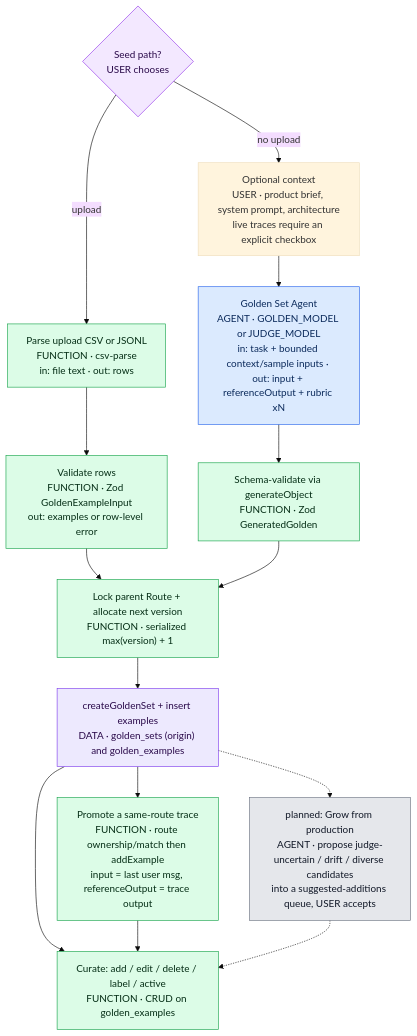
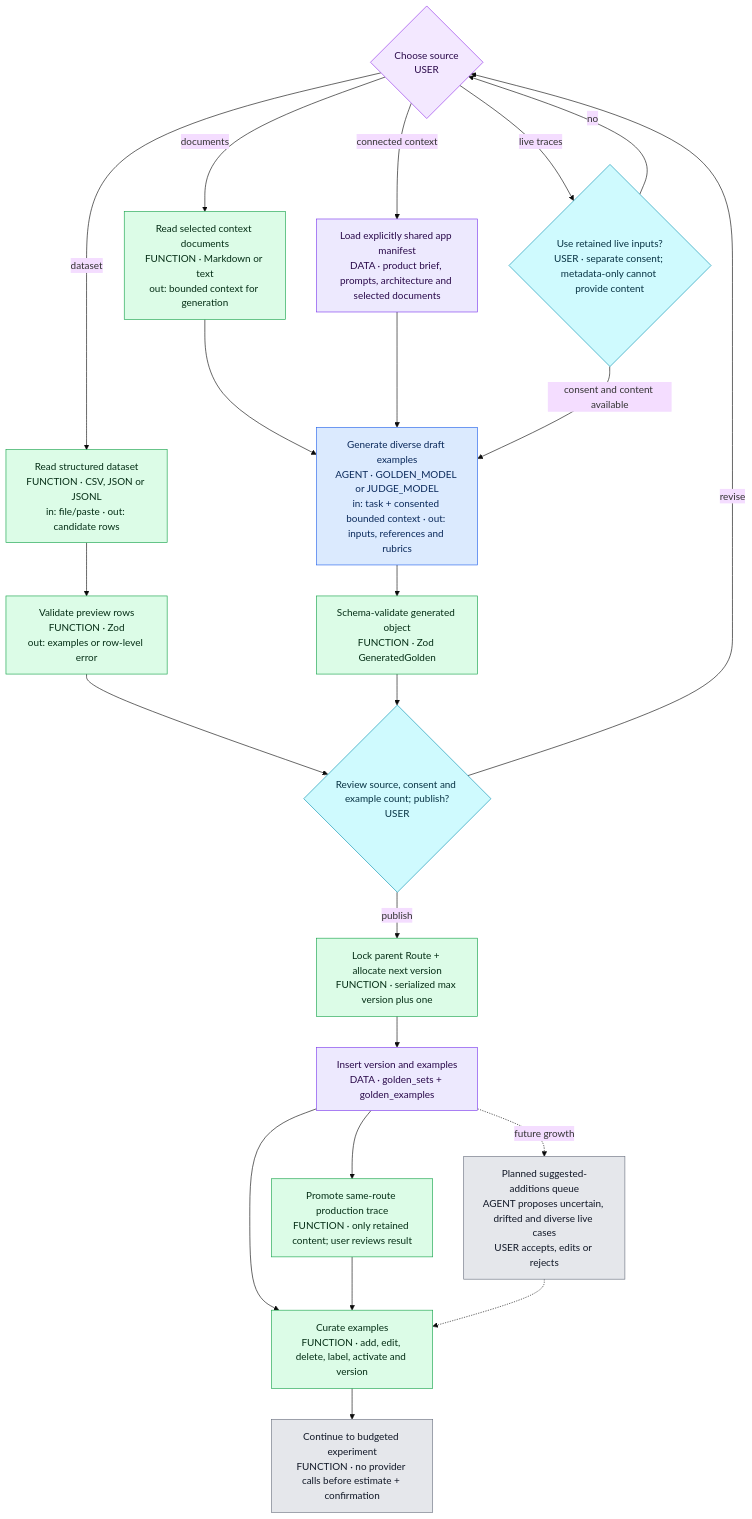
Before and after one commit to APareek89/blindspot: the diagram in docs/mermaid/02-golden-sets.mmd, drawn with Mermaid (base theme). The commit also changed 70 other files, not shown here.

```diff
--- a/docs/mermaid/02-golden-sets.mmd
+++ b/docs/mermaid/02-golden-sets.mmd
@@ -1,28 +1,38 @@
-%% Blindspot — golden-set lifecycle (PRD §7): seed -> grow -> curate
-%% grow-from-production step is intended, not yet built
-%% files: apps/gateway/src/manage/golden.ts, packages/core/src/golden/agent.ts, packages/core/src/golden/service.ts, packages/core/src/golden/upload.ts
+%% Blindspot — golden-set lifecycle: explicit source -> configure -> review -> run (FMEA synced 2026-07-21)
+%% files: apps/gateway/src/manage/golden.ts, packages/core/src/golden/agent.ts, packages/core/src/golden/service.ts, packages/core/src/golden/upload.ts, apps/dashboard/app/(app)/golden-sets/[route]/GoldenManager.tsx
 %% granularity: full
 flowchart TD
-  S{"Seed path?<br/>USER chooses"}:::dec
-  U["Parse upload CSV or JSONL<br/>FUNCTION · csv-parse<br/>in: file text · out: rows"]:::fn
-  UV["Validate rows<br/>FUNCTION · Zod GoldenExampleInput<br/>out: examples or row-level error"]:::fn
-  CTX["Optional context<br/>USER · product brief, system prompt, architecture<br/>live traces require an explicit checkbox"]:::ask
-  A["Golden Set Agent<br/>AGENT · GOLDEN_MODEL or JUDGE_MODEL<br/>in: task + bounded context/sample inputs · out: input + referenceOutput + rubric xN"]:::agent
-  AV["Schema-validate via generateObject<br/>FUNCTION · Zod GeneratedGolden"]:::fn
-  NV["Lock parent Route + allocate next version<br/>FUNCTION · serialized max(version) + 1"]:::fn
-  C["createGoldenSet + insert examples<br/>DATA · golden_sets (origin) and golden_examples"]:::data
-  CUR["Curate: add / edit / delete / label / active<br/>FUNCTION · CRUD on golden_examples"]:::fn
-  PT["Promote a same-route trace<br/>FUNCTION · route ownership/match then addExample<br/>input = last user msg, referenceOutput = trace output"]:::fn
-  G["planned: Grow from production<br/>AGENT · propose judge-uncertain / drift / diverse candidates<br/>into a suggested-additions queue, USER accepts"]:::todo
+  S{"Choose source<br/>USER"}:::dec
+  U["Read structured dataset<br/>FUNCTION · CSV, JSON or JSONL<br/>in: file/paste · out: candidate rows"]:::fn
+  DOC["Read selected context documents<br/>FUNCTION · Markdown or text<br/>out: bounded context for generation"]:::fn
+  CTX["Load explicitly shared app manifest<br/>DATA · product brief, prompts, architecture and selected documents"]:::data
+  LIVE{"Use retained live inputs?<br/>USER · separate consent; metadata-only cannot provide content"}:::ask
+  UV["Validate preview rows<br/>FUNCTION · Zod<br/>out: examples or row-level error"]:::fn
+  AG["Generate diverse draft examples<br/>AGENT · GOLDEN_MODEL or JUDGE_MODEL<br/>in: task + consented bounded context · out: inputs, references and rubrics"]:::agent
+  AV["Schema-validate generated object<br/>FUNCTION · Zod GeneratedGolden"]:::fn
+  REVIEW{"Review source, consent and example count; publish?<br/>USER"}:::ask
+  NV["Lock parent Route + allocate next version<br/>FUNCTION · serialized max version plus one"]:::fn
+  STORE["Insert version and examples<br/>DATA · golden_sets + golden_examples"]:::data
+  CUR["Curate examples<br/>FUNCTION · add, edit, delete, label, activate and version"]:::fn
+  PT["Promote same-route production trace<br/>FUNCTION · only retained content; user reviews result"]:::fn
+  RUN["Continue to budgeted experiment<br/>FUNCTION · no provider calls before estimate + confirmation"]:::term
+  GROW["Planned suggested-additions queue<br/>AGENT proposes uncertain, drifted and diverse live cases<br/>USER accepts, edits or rejects"]:::term
 
-  S -- "upload" --> U --> UV --> NV
-  S -- "no upload" --> CTX --> A --> AV --> NV
-  NV --> C --> CUR
-  C --> PT --> CUR
-  C -.-> G -.-> CUR
+  S -- "dataset" --> U --> UV --> REVIEW
+  S -- "documents" --> DOC --> AG
+  S -- "connected context" --> CTX --> AG
+  S -- "live traces" --> LIVE
+  LIVE -- "consent and content available" --> AG
+  LIVE -- "no" --> S
+  AG --> AV --> REVIEW
+  REVIEW -- "revise" --> S
+  REVIEW -- "publish" --> NV --> STORE --> CUR --> RUN
+  STORE --> PT --> CUR
+  STORE -. "future growth" .-> GROW -.-> CUR
 
   classDef agent fill:#dbeafe,stroke:#2563eb,color:#0b2a5b;
   classDef fn fill:#dcfce7,stroke:#16a34a,color:#052e16;
   classDef dec fill:#f3e8ff,stroke:#9333ea,color:#2a0a4a;
   classDef data fill:#ede9fe,stroke:#7c3aed,color:#2a0a4a;
-  classDef todo fill:#e5e7eb,stroke:#6b7280,color:#111827;
+  classDef ask fill:#cffafe,stroke:#0891b2,color:#083344;
+  classDef term fill:#e5e7eb,stroke:#6b7280,color:#111827;
```
